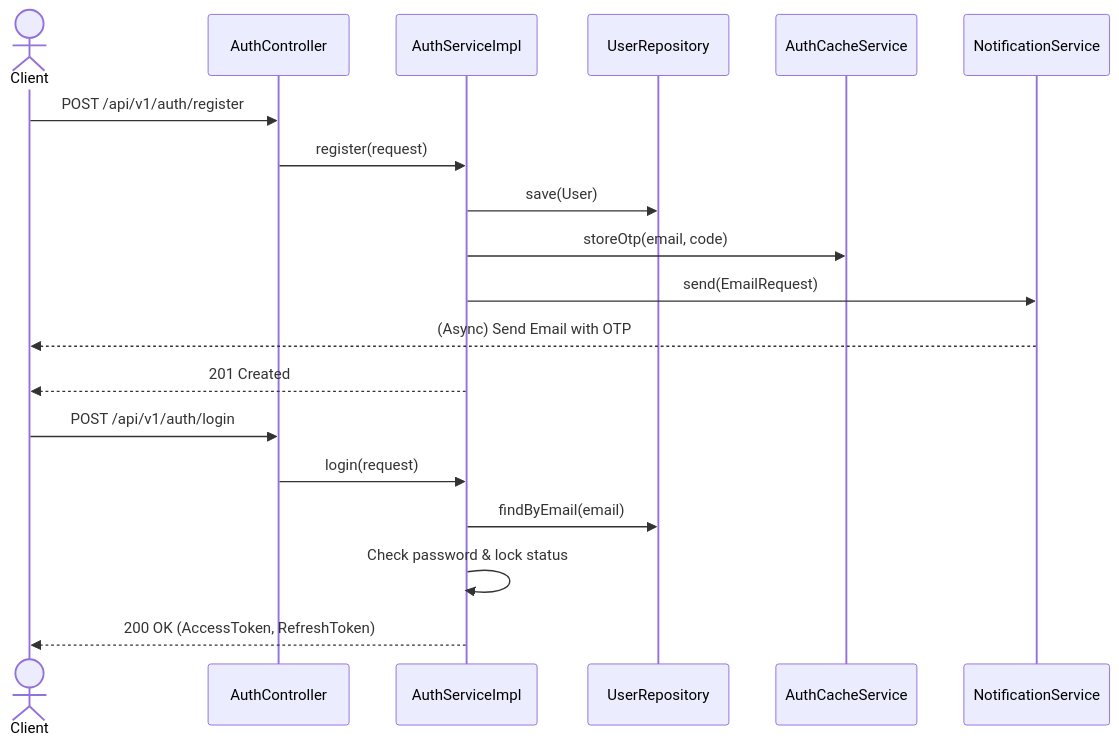
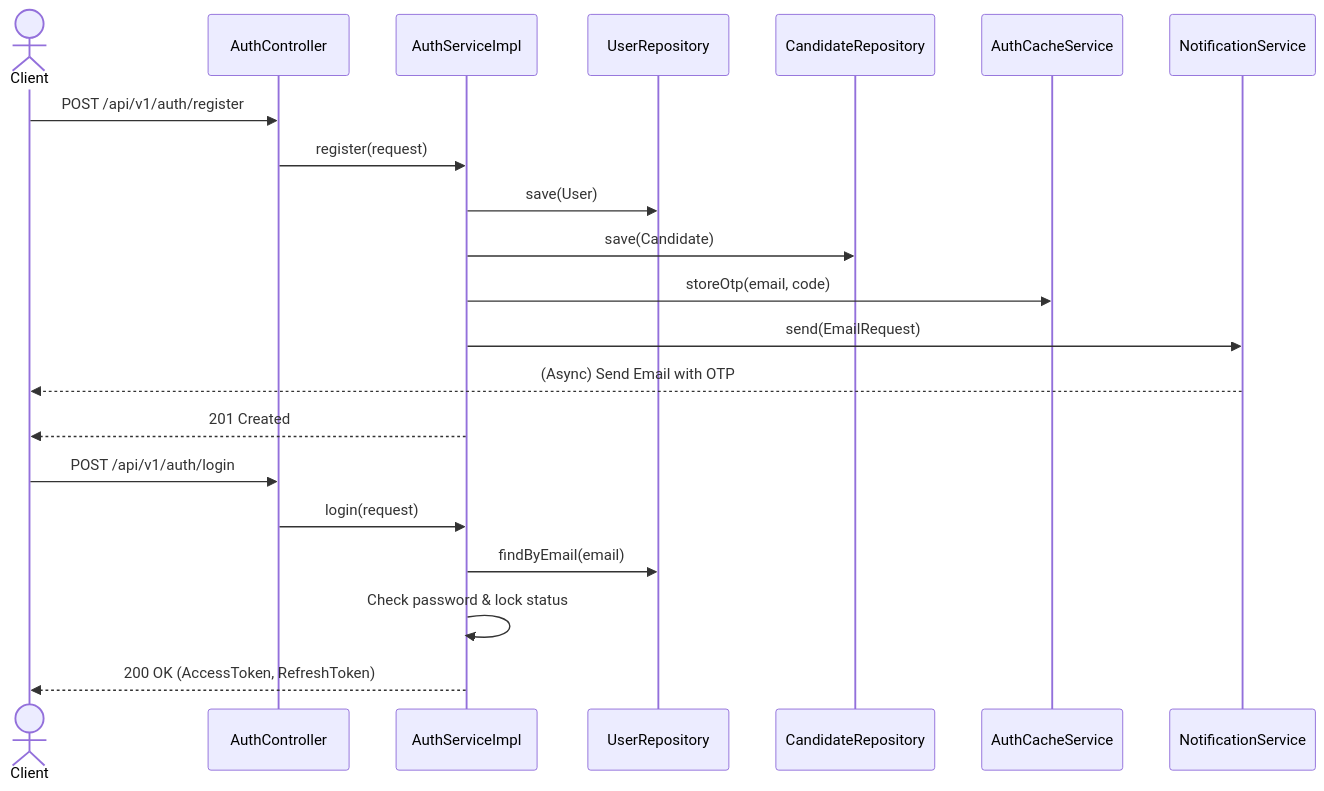
The diagram in docs/features/auth/authentication.md (VietRecruit/BE-VietRecruit), drawn with Mermaid before and after one commit. The commit also changed other lines of this file and 2 other files, not shown here.

Commit message:
docs(app): add main readme, candidate docs, and update authentication features

````diff
--- a/docs/features/auth/authentication.md
+++ b/docs/features/auth/authentication.md
@@ -22,23 +22,25 @@
 ```mermaid
 sequenceDiagram
     actor Client
     participant AuthController
     participant AuthServiceImpl
     participant UserRepository
+    participant CandidateRepository
     participant AuthCacheService
     participant NotificationService
 
     Client->>AuthController: POST /api/v1/auth/register
     AuthController->>AuthServiceImpl: register(request)
     AuthServiceImpl->>UserRepository: save(User)
+    AuthServiceImpl->>CandidateRepository: save(Candidate)
     AuthServiceImpl->>AuthCacheService: storeOtp(email, code)
     AuthServiceImpl->>NotificationService: send(EmailRequest)
     NotificationService-->>Client: (Async) Send Email with OTP
     AuthServiceImpl-->>Client: 201 Created
 
     Client->>AuthController: POST /api/v1/auth/login
     AuthController->>AuthServiceImpl: login(request)
     AuthServiceImpl->>UserRepository: findByEmail(email)
     AuthServiceImpl->>AuthServiceImpl: Check password & lock status
     AuthServiceImpl-->>Client: 200 OK (AccessToken, RefreshToken)
 ```
````
